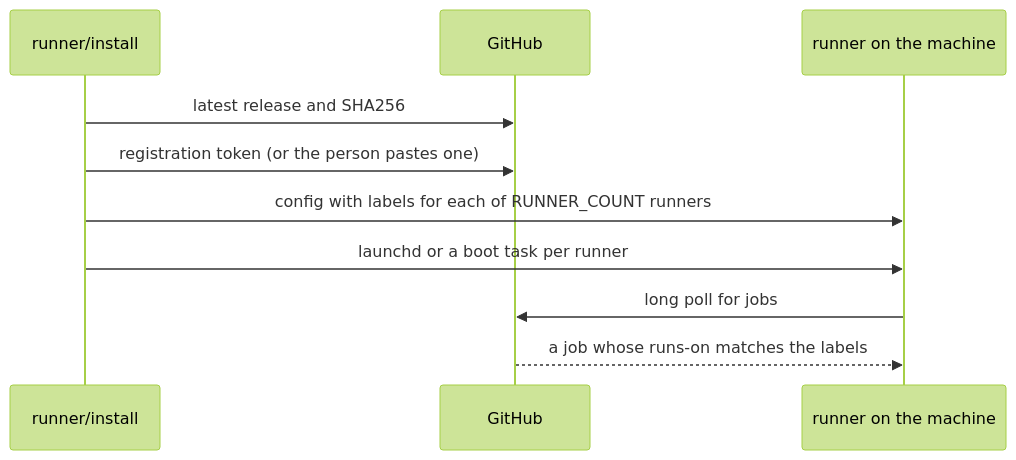
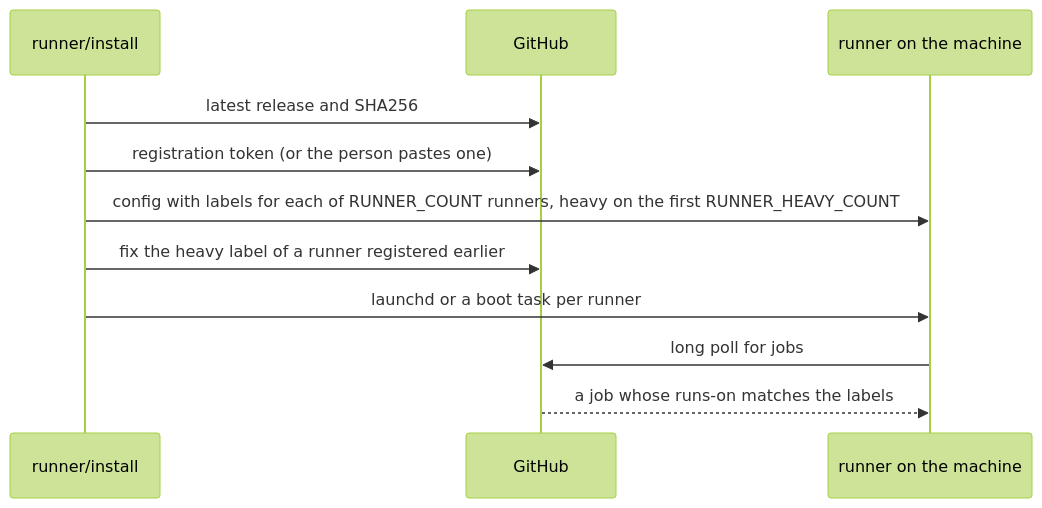
One commit to workbench-soft/local-ci changed the second of 4 diagrams in docs/architecture.md. Above: the diagram before and after it, drawn with Mermaid (forest theme). The commit also changed 5 other files, not shown here.

First line of the commit message:
runner: heavy lane for Gradle, Cargo and Tauri jobs, and a cache of action zips (#55)

````diff
--- a/docs/architecture.md
+++ b/docs/architecture.md
@@ -50,12 +50,13 @@
 ```mermaid
 sequenceDiagram
   participant S as runner/install
   participant G as GitHub
   participant R as runner on the machine
   S->>G: latest release and SHA256
   S->>G: registration token (or the person pastes one)
-  S->>R: config with labels for each of RUNNER_COUNT runners
+  S->>R: config with labels for each of RUNNER_COUNT runners, heavy on the first RUNNER_HEAVY_COUNT
+  S->>G: fix the heavy label of a runner registered earlier
   S->>R: launchd or a boot task per runner
   R->>G: long poll for jobs
   G-->>R: a job whose runs-on matches the labels
 ```
````
